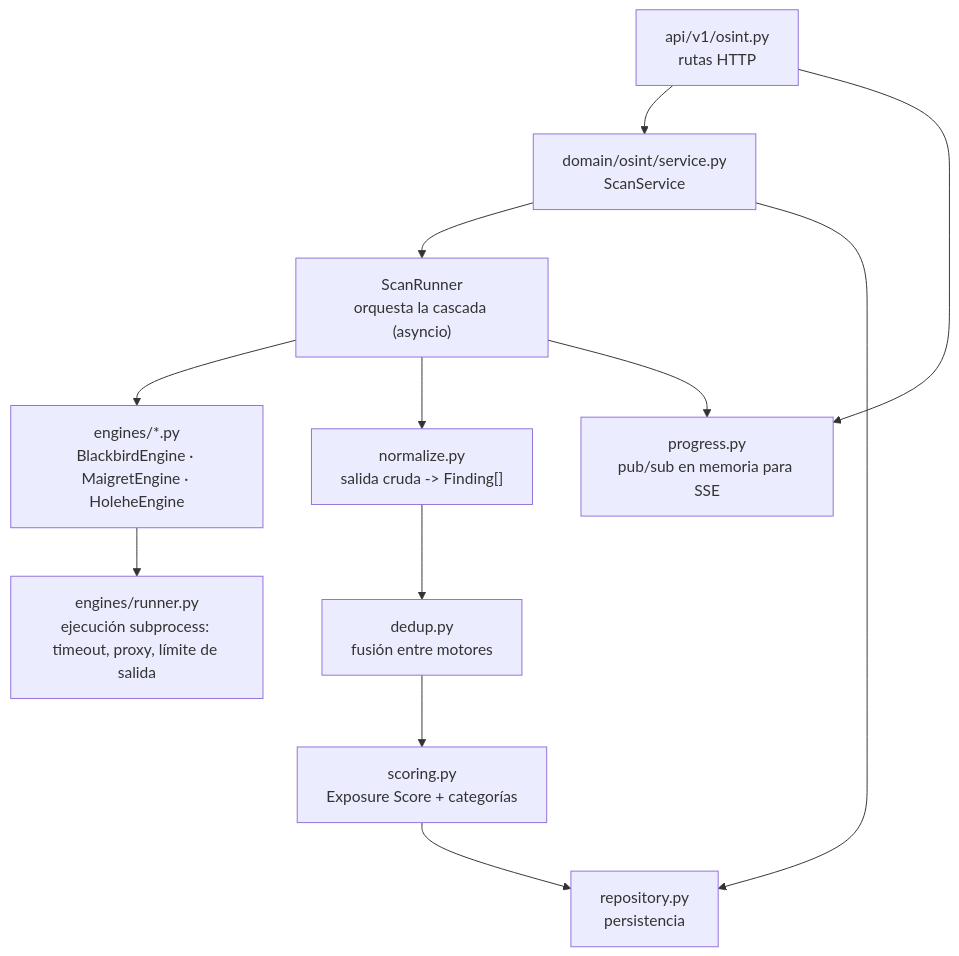
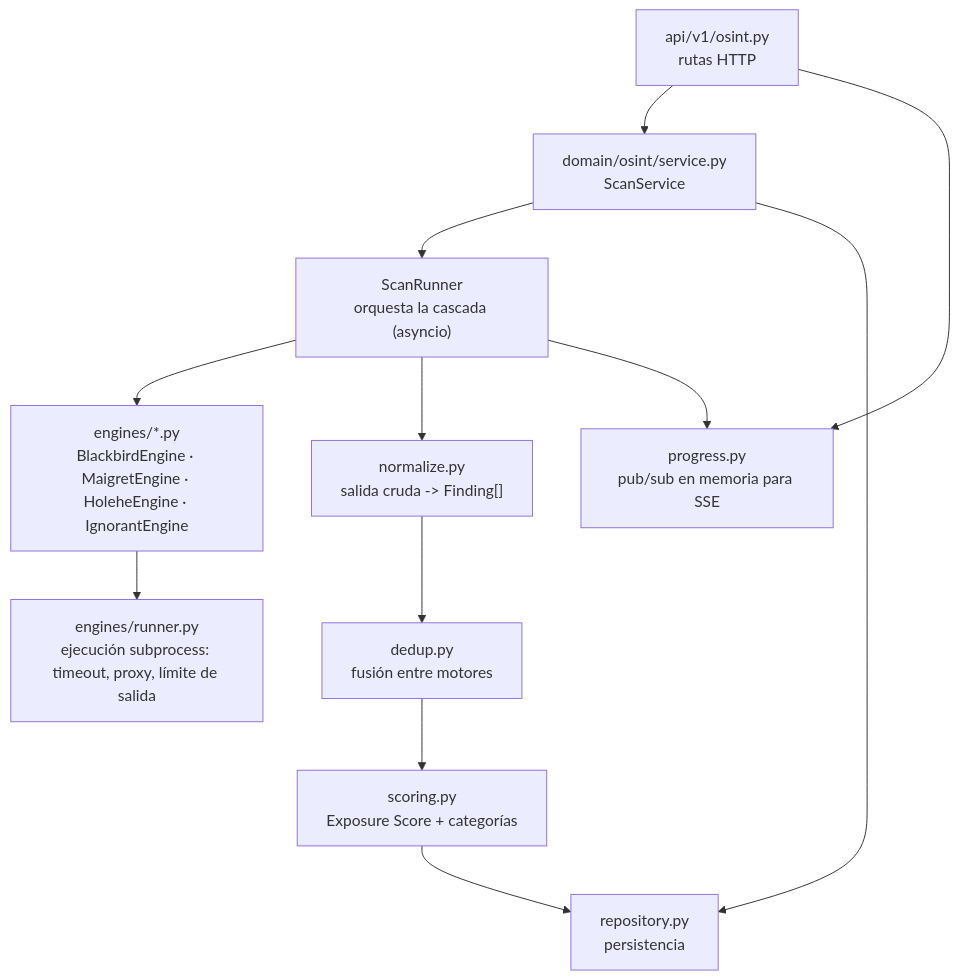
The second of 3 diagrams in docs/osint-architecture.md (Hackaton-FEE/server), drawn with Mermaid before and after one commit. The commit also changed other lines of this file and 28 other files, not shown here.

Commit message:
identity graph

````diff
--- a/docs/osint-architecture.md
+++ b/docs/osint-architecture.md
@@ -94,14 +99,14 @@
 ```mermaid
 graph TD
     Router["api/v1/osint.py<br/>rutas HTTP"] --> Service["domain/osint/service.py<br/>ScanService"]
     Service --> Runner["ScanRunner<br/>orquesta la cascada (asyncio)"]
     Service --> Repo["repository.py<br/>persistencia"]
-    Runner --> Engines["engines/*.py<br/>BlackbirdEngine · MaigretEngine · HoleheEngine"]
+    Runner --> Engines["engines/*.py<br/>BlackbirdEngine · MaigretEngine · HoleheEngine · IgnorantEngine"]
     Engines --> Subproc["engines/runner.py<br/>ejecución subprocess: timeout, proxy, límite de salida"]
     Runner --> Normalize["normalize.py<br/>salida cruda -> Finding[]"]
     Normalize --> Dedup["dedup.py<br/>fusión entre motores"]
     Dedup --> Scoring["scoring.py<br/>Exposure Score + categorías"]
     Scoring --> Repo
     Runner --> Progress["progress.py<br/>pub/sub en memoria para SSE"]
     Router --> Progress
 ```
````
